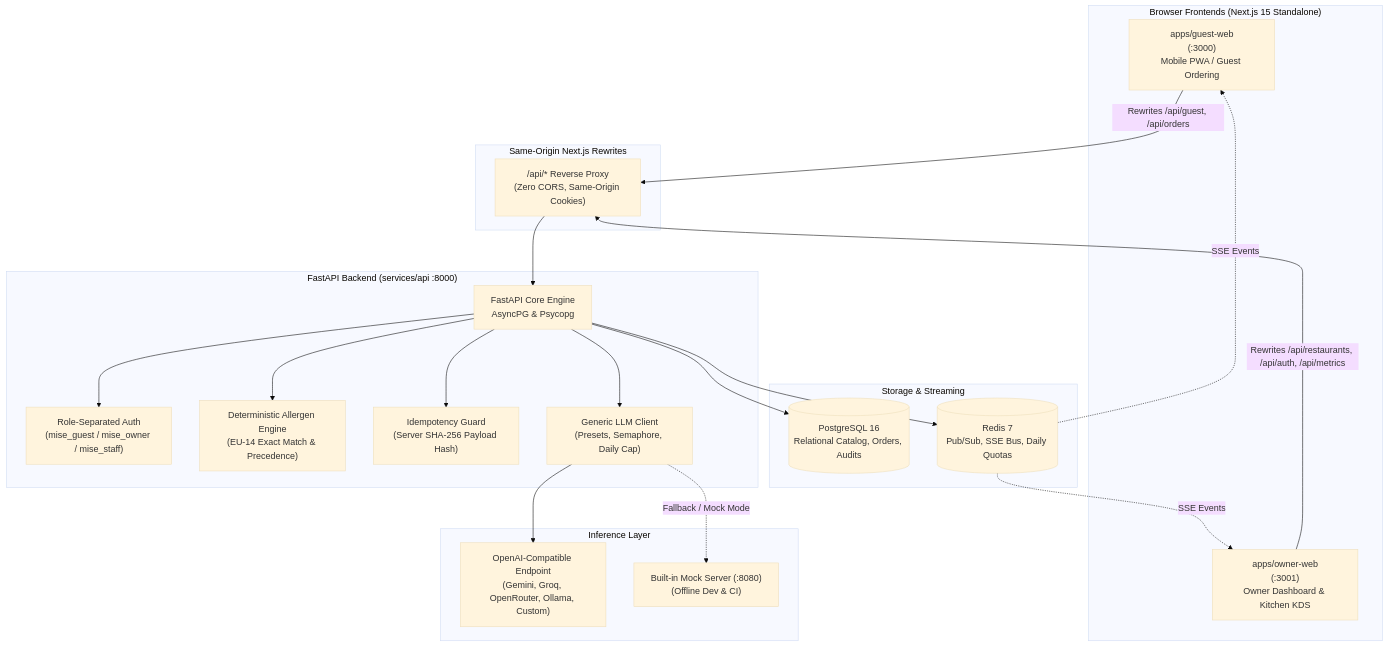
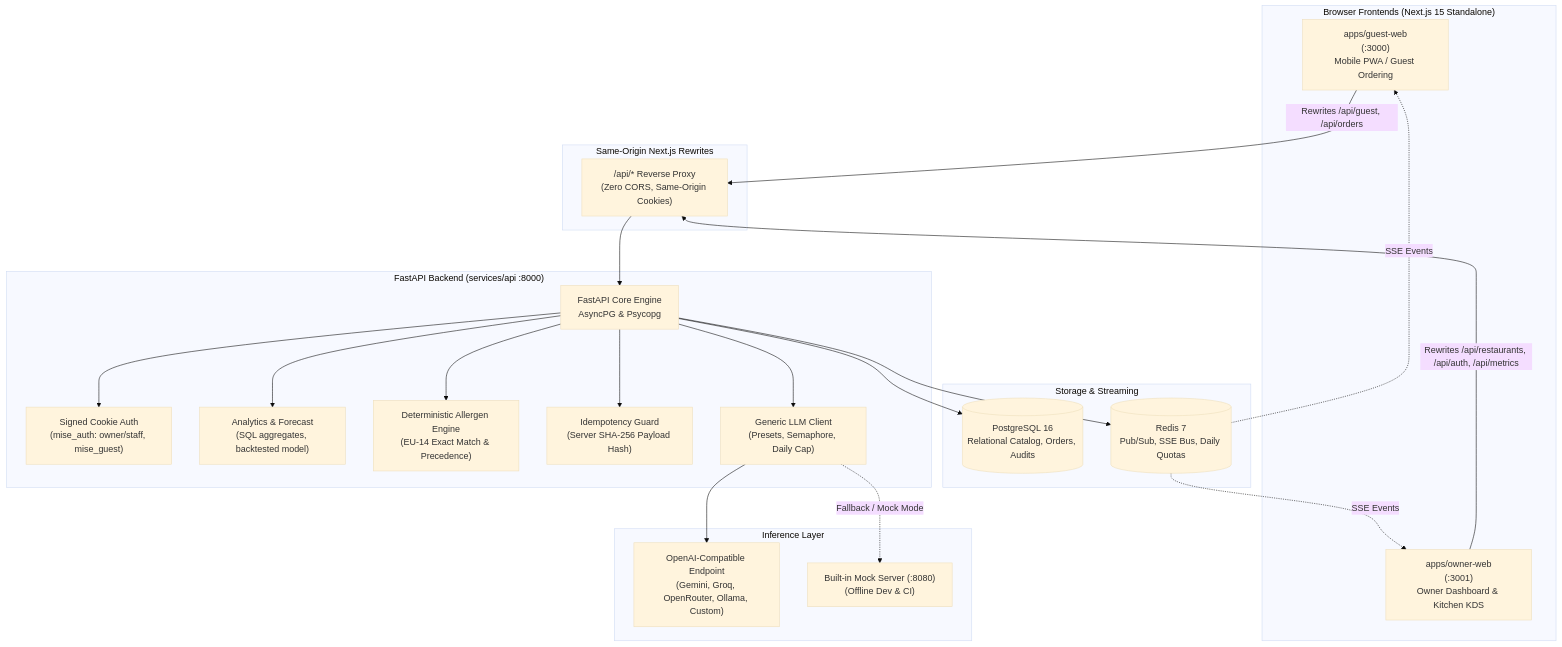
The diagram in README.md (imahad-dev/mise), drawn with Mermaid (base theme) before and after one commit. The commit also changed other lines of this file and 165 other files, not shown here.

````diff
--- a/README.md
+++ b/README.md
@@ -35,43 +38,45 @@
 ```mermaid
 graph TD
     subgraph Clients["Browser Frontends (Next.js 15 Standalone)"]
         GW["apps/guest-web<br/>(:3000)<br/>Mobile PWA / Guest Ordering"]
         OW["apps/owner-web<br/>(:3001)<br/>Owner Dashboard & Kitchen KDS"]
     end
 
     subgraph Proxy["Same-Origin Next.js Rewrites"]
         PR["/api/* Reverse Proxy<br/>(Zero CORS, Same-Origin Cookies)"]
     end
 
     subgraph Backend["FastAPI Backend (services/api :8000)"]
         API["FastAPI Core Engine<br/>AsyncPG & Psycopg"]
-        AUTH["Role-Separated Auth<br/>(mise_guest / mise_owner / mise_staff)"]
+        AUTH["Signed Cookie Auth<br/>(mise_auth: owner/staff, mise_guest)"]
+        ANALYTICS["Analytics & Forecast<br/>(SQL aggregates, backtested model)"]
         ALLERGEN["Deterministic Allergen Engine<br/>(EU-14 Exact Match & Precedence)"]
         IDEMP["Idempotency Guard<br/>(Server SHA-256 Payload Hash)"]
         INF["Generic LLM Client<br/>(Presets, Semaphore, Daily Cap)"]
     end
 
     subgraph Data["Storage & Streaming"]
         PG[("PostgreSQL 16<br/>Relational Catalog, Orders, Audits")]
         REDIS[("Redis 7<br/>Pub/Sub, SSE Bus, Daily Quotas")]
     end
 
     subgraph Inference["Inference Layer"]
         LLM["OpenAI-Compatible Endpoint<br/>(Gemini, Groq, OpenRouter, Ollama, Custom)"]
         MOCK["Built-in Mock Server (:8080)<br/>(Offline Dev & CI)"]
     end
 
     GW -->|Rewrites /api/guest, /api/orders| PR
     OW -->|Rewrites /api/restaurants, /api/auth, /api/metrics| PR
     PR --> API
     API --> AUTH
     API --> ALLERGEN
     API --> IDEMP
+    API --> ANALYTICS
     API --> INF
     API --> PG
     API --> REDIS
     REDIS -.->|SSE Events| OW
     REDIS -.->|SSE Events| GW
     INF --> LLM
     INF -.->|Fallback / Mock Mode| MOCK
 ```
````
